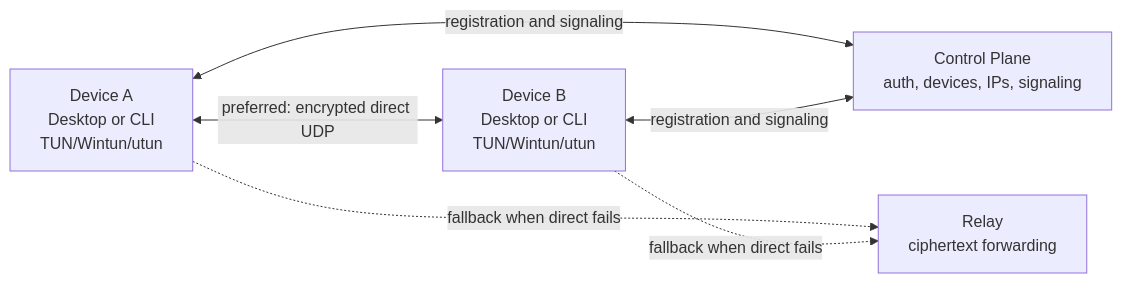
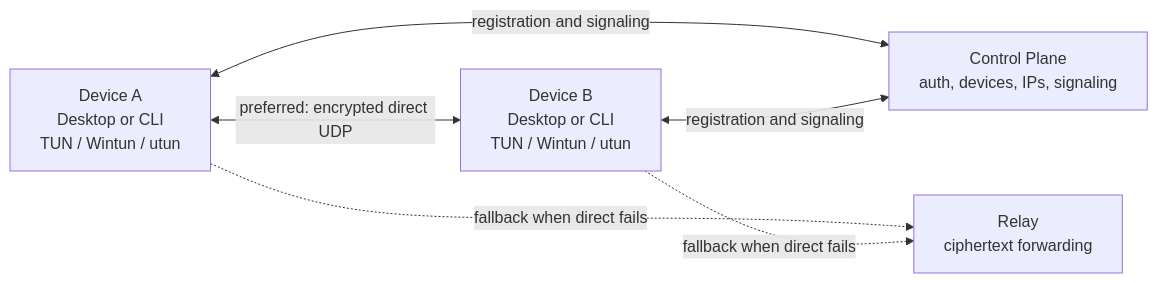
One commit to yhan-sun/p2wlan changed the diagram in README.md. Above: the diagram before and after it, drawn with Mermaid. The commit also changed other lines of this file, not shown here.

````diff
--- a/README.md
+++ b/README.md
@@ -124,13 +141,13 @@
 ```mermaid
 flowchart LR
-    A["Device A<br/>Desktop or CLI<br/>TUN/Wintun/utun"]
-    B["Device B<br/>Desktop or CLI<br/>TUN/Wintun/utun"]
+    A["Device A<br/>Desktop or CLI<br/>TUN / Wintun / utun"]
+    B["Device B<br/>Desktop or CLI<br/>TUN / Wintun / utun"]
     C["Control Plane<br/>auth, devices, IPs, signaling"]
     R["Relay<br/>ciphertext forwarding"]
 
     A <-->|"preferred: encrypted direct UDP"| B
     A <-->|"registration and signaling"| C
     B <-->|"registration and signaling"| C
     A -.->|"fallback when direct fails"| R
     B -.->|"fallback when direct fails"| R
 ```
````
